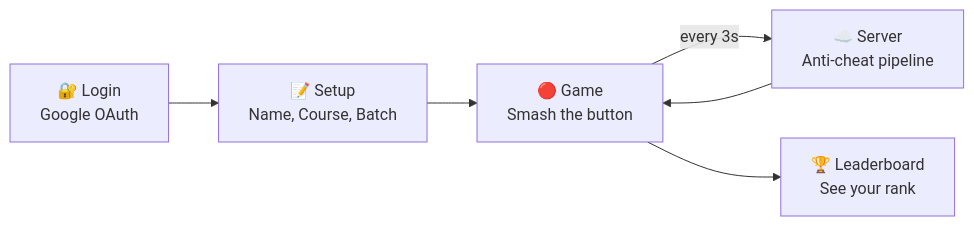
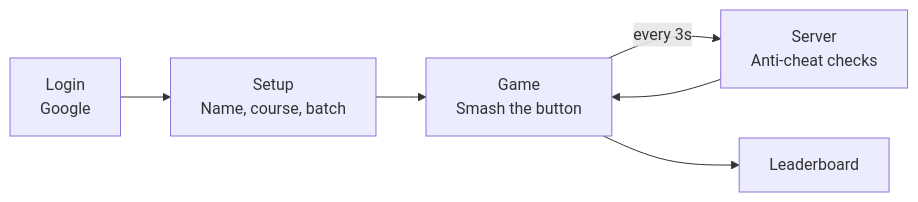
Before and after one commit to dhanush-girish/mystery-button: the diagram in README.md, drawn with Mermaid. The commit also changed other lines of this file and 9 other files, not shown here.

Commit message:
docs: fix README images (move SVGs to docs/images), add sample reward certificate, update anti-cheat behaviour, simplify

````diff
--- a/README.md
+++ b/README.md
@@ -106,8 +63,8 @@
 ```mermaid
 flowchart LR
-    A["🔐 Login<br/>Google OAuth"] --> B["📝 Setup<br/>Name, Course, Batch"]
-    B --> C["🔴 Game<br/>Smash the button"]
-    C -->|"every 3s"| D["☁️ Server<br/>Anti-cheat pipeline"]
+    A["Login<br/>Google"] --> B["Setup<br/>Name, course, batch"]
+    B --> C["Game<br/>Smash the button"]
+    C -->|"every 3s"| D["Server<br/>Anti-cheat checks"]
     D --> C
-    C --> E["🏆 Leaderboard<br/>See your rank"]
+    C --> E["Leaderboard"]
 ```
````
